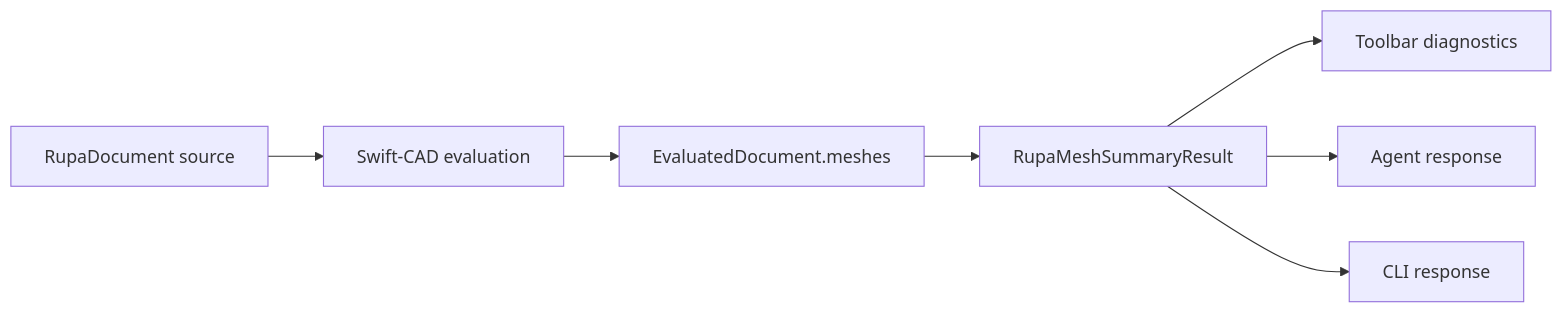
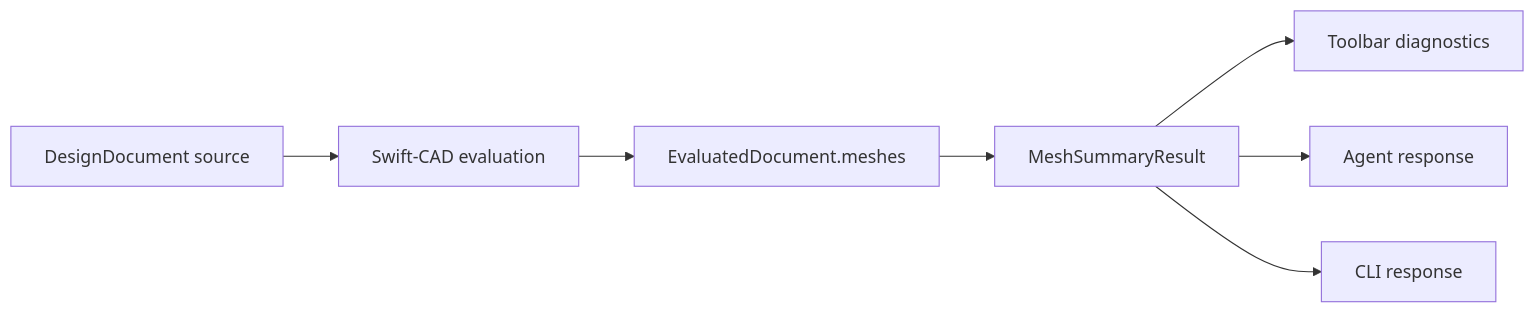
The tenth of 20 diagrams in Rupa/SPEC.md (1amageek/Rupa), drawn with Mermaid before and after one commit. The commit also changed other lines of this file and 153 other files, not shown here.

````diff
--- a/Rupa/SPEC.md
+++ b/Rupa/SPEC.md
@@ -395,9 +476,9 @@
 ```mermaid
 flowchart LR
-    Source["RupaDocument source"] --> Evaluate["Swift-CAD evaluation"]
+    Source["DesignDocument source"] --> Evaluate["Swift-CAD evaluation"]
     Evaluate --> Meshes["EvaluatedDocument.meshes"]
-    Meshes --> Summary["RupaMeshSummaryResult"]
+    Meshes --> Summary["MeshSummaryResult"]
     Summary --> Toolbar["Toolbar diagnostics"]
     Summary --> Agent["Agent response"]
     Summary --> CLI["CLI response"]
 ```
````
